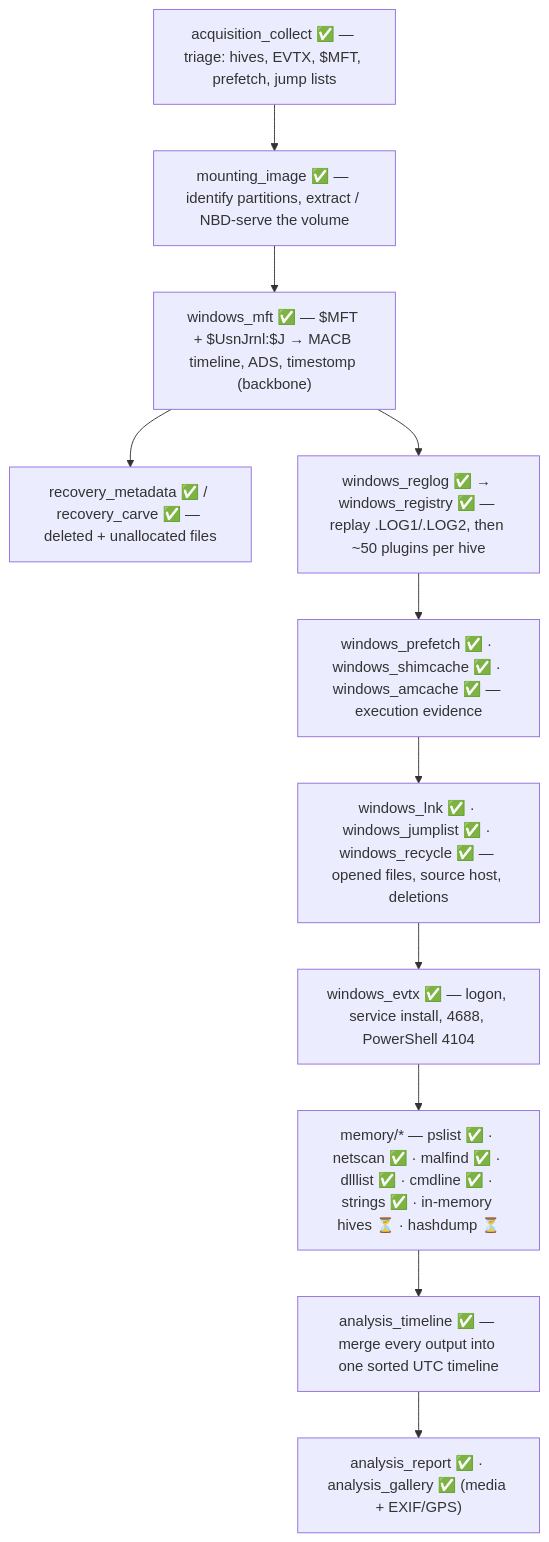
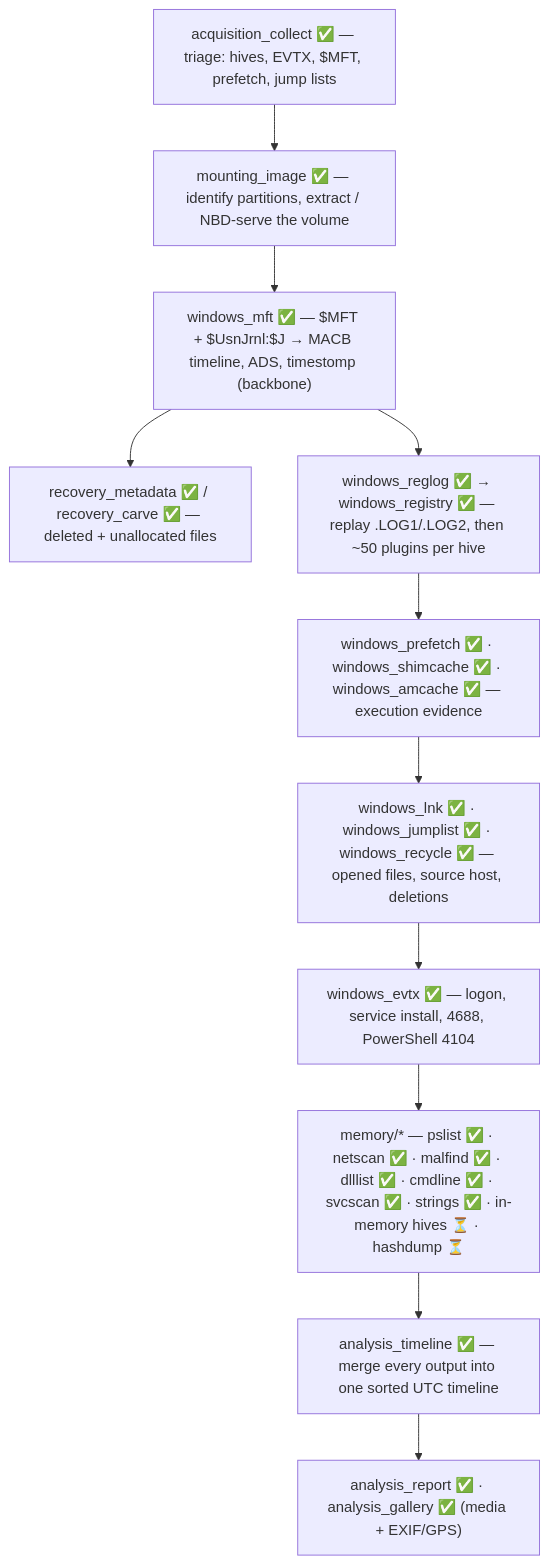
The second of 4 diagrams in README.md (mostafaimam/Forensics-Tools), drawn with Mermaid before and after one commit. The commit also changed other lines of this file and 18 other files, not shown here.

First line of the commit message:
Add memory_svcscan: Windows services from a RAM dump

````diff
--- a/README.md
+++ b/README.md
@@ -146,13 +147,13 @@
 ```mermaid
 flowchart TD
     A["acquisition_collect ✅ — triage: hives, EVTX, $MFT, prefetch, jump lists"] --> B["mounting_image ✅ — identify partitions, extract / NBD-serve the volume"]
     B --> C["windows_mft ✅ — $MFT + $UsnJrnl:$J → MACB timeline, ADS, timestomp (backbone)"]
     C --> RC["recovery_metadata ✅ / recovery_carve ✅ — deleted + unallocated files"]
     C --> D["windows_reglog ✅ → windows_registry ✅ — replay .LOG1/.LOG2, then ~50 plugins per hive"]
     D --> E["windows_prefetch ✅ · windows_shimcache ✅ · windows_amcache ✅ — execution evidence"]
     E --> F["windows_lnk ✅ · windows_jumplist ✅ · windows_recycle ✅ — opened files, source host, deletions"]
     F --> G["windows_evtx ✅ — logon, service install, 4688, PowerShell 4104"]
-    G --> H["memory/* — pslist ✅ · netscan ✅ · malfind ✅ · dlllist ✅ · cmdline ✅ · strings ✅ · in-memory hives ⏳ · hashdump ⏳"]
+    G --> H["memory/* — pslist ✅ · netscan ✅ · malfind ✅ · dlllist ✅ · cmdline ✅ · svcscan ✅ · strings ✅ · in-memory hives ⏳ · hashdump ⏳"]
     H --> I["analysis_timeline ✅ — merge every output into one sorted UTC timeline"]
     I --> J["analysis_report ✅ · analysis_gallery ✅ (media + EXIF/GPS)"]
 ```
````
